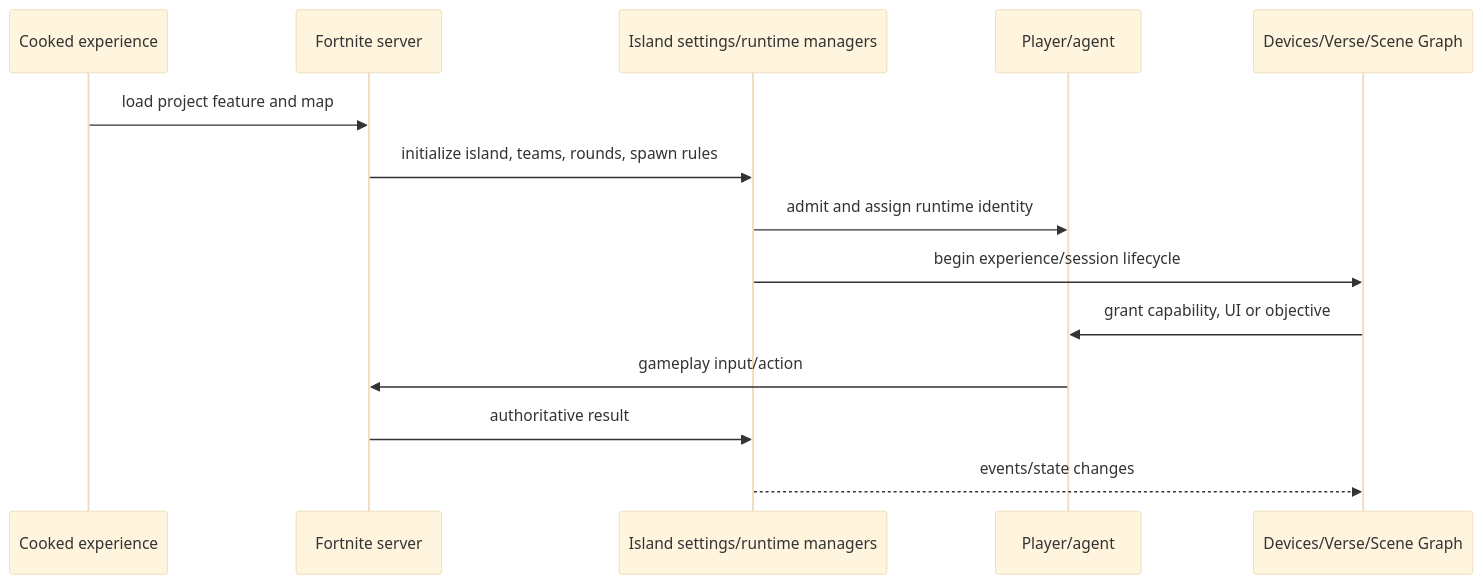
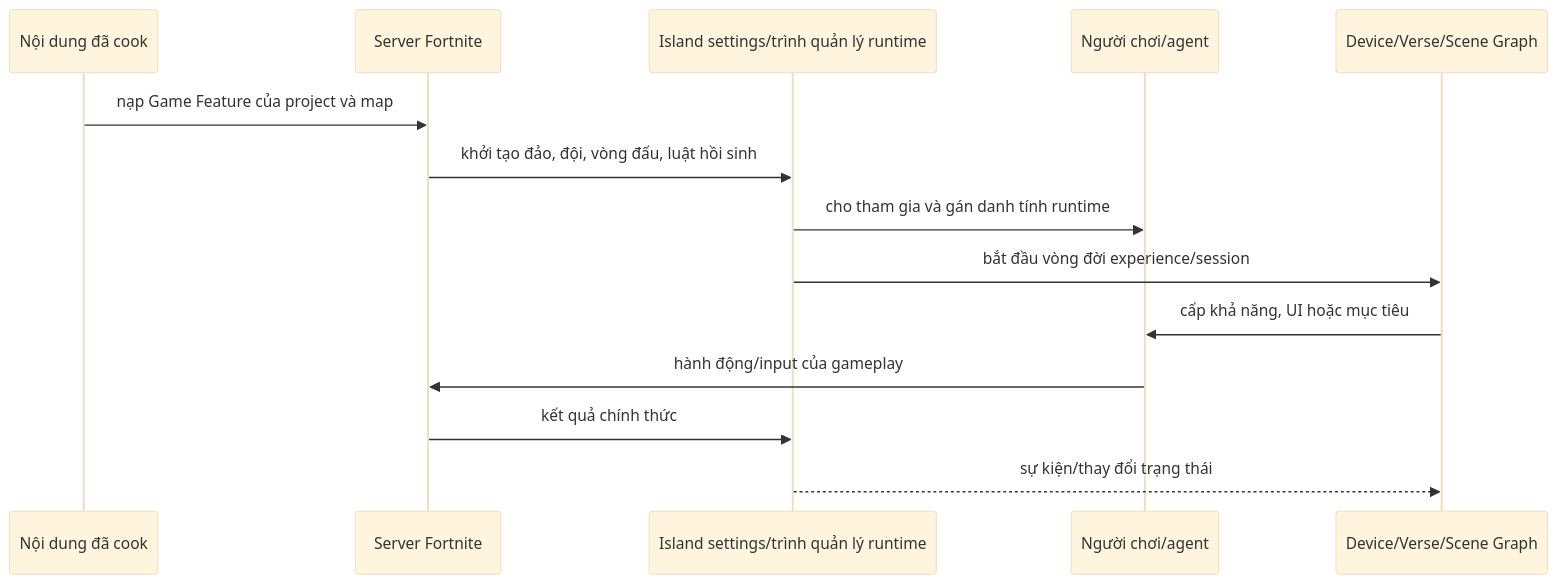
Before and after one commit to SlimeVRX/Paldark-Docs: the fourth of 8 diagrams in V5/09-uefn-architecture-and-paldarkv5.md, drawn with Mermaid (base theme). The commit also changed other lines of this file, not shown here.

Commit message:
docs: simplify UEFN architecture chapter

````diff
--- a/V5/09-uefn-architecture-and-paldarkv5.md
+++ b/V5/09-uefn-architecture-and-paldarkv5.md
@@ -458,17 +434,17 @@
-~~~mermaid
+```mermaid
 sequenceDiagram
-    participant Content as Cooked experience
-    participant Server as Fortnite server
-    participant Rules as Island settings/runtime managers
-    participant Player as Player/agent
-    participant Device as Devices/Verse/Scene Graph
+    participant Content as Nội dung đã cook
+    participant Server as Server Fortnite
+    participant Rules as Island settings/trình quản lý runtime
+    participant Player as Người chơi/agent
+    participant Device as Device/Verse/Scene Graph
 
-    Content->>Server: load project feature and map
-    Server->>Rules: initialize island, teams, rounds, spawn rules
-    Rules->>Player: admit and assign runtime identity
-    Rules->>Device: begin experience/session lifecycle
-    Device->>Player: grant capability, UI or objective
-    Player->>Server: gameplay input/action
-    Server->>Rules: authoritative result
-    Rules-->>Device: events/state changes
-~~~
+    Content->>Server: nạp Game Feature của project và map
+    Server->>Rules: khởi tạo đảo, đội, vòng đấu, luật hồi sinh
+    Rules->>Player: cho tham gia và gán danh tính runtime
+    Rules->>Device: bắt đầu vòng đời experience/session
+    Device->>Player: cấp khả năng, UI hoặc mục tiêu
+    Player->>Server: hành động/input của gameplay
+    Server->>Rules: kết quả chính thức
+    Rules-->>Device: sự kiện/thay đổi trạng thái
+```
````
